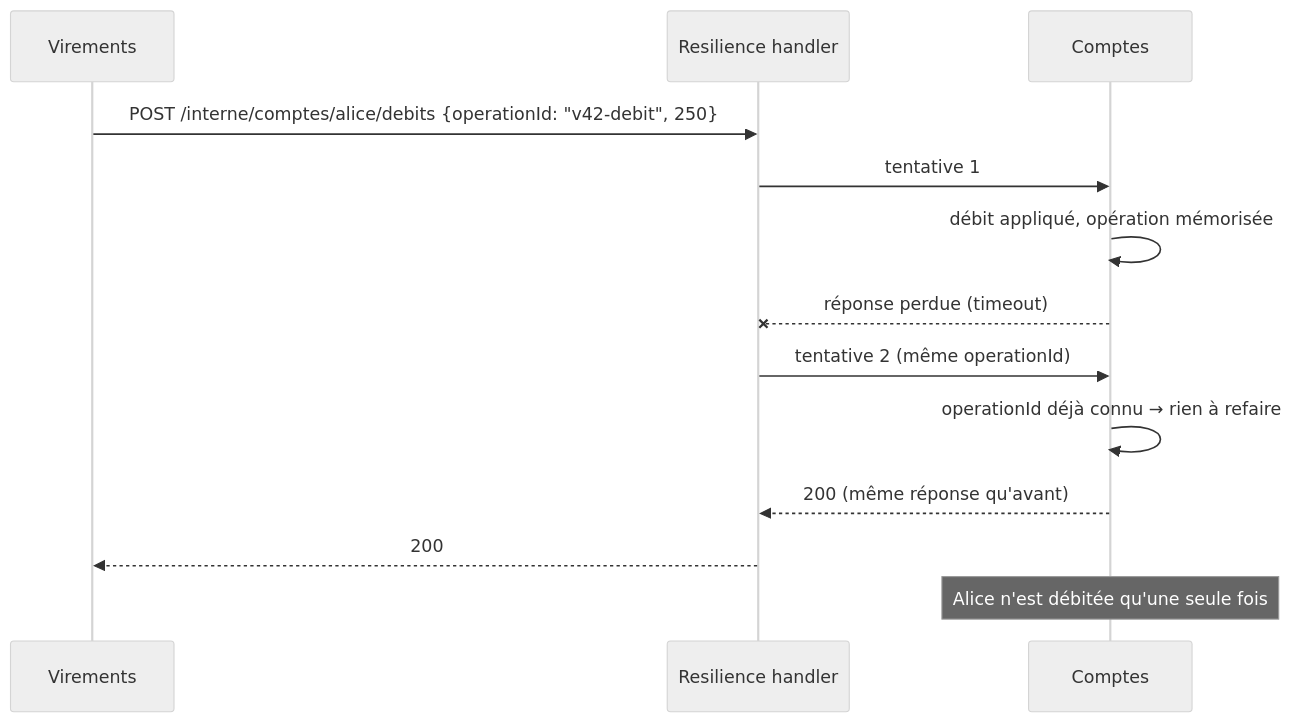
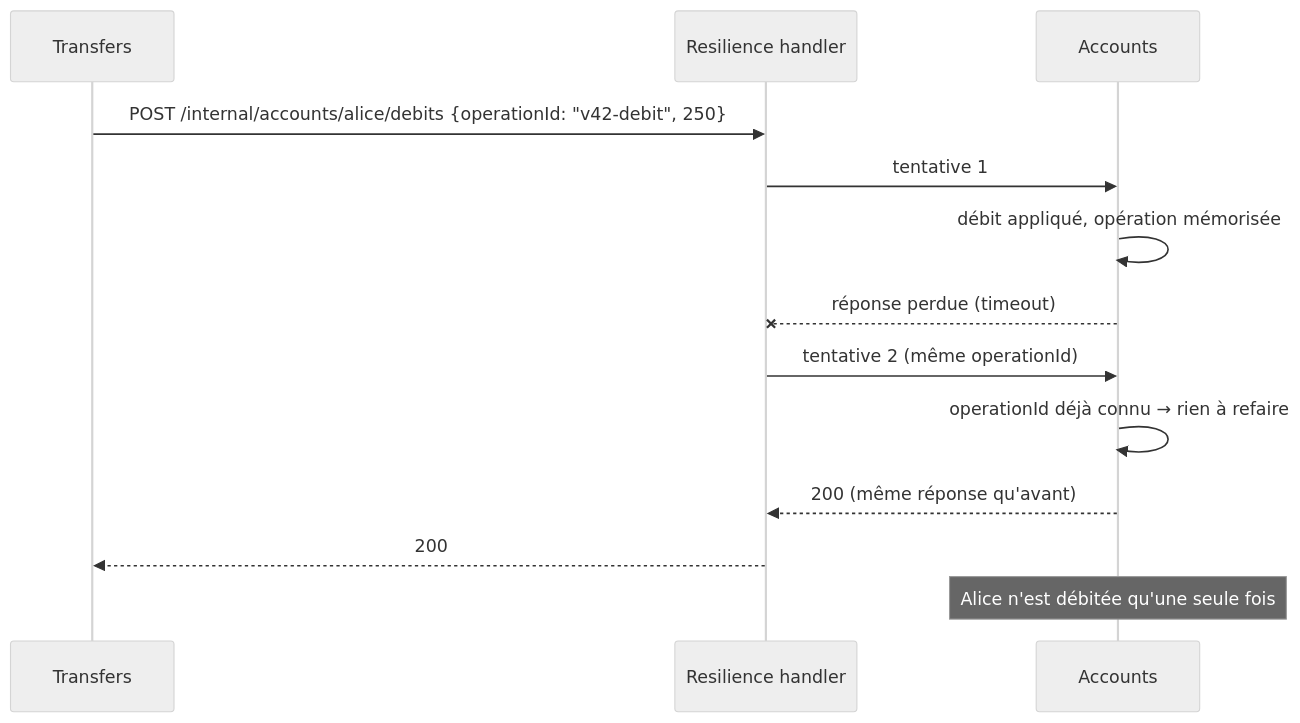
Before and after one commit to drangoht/ArchitecturesDemo: the second of 4 diagrams in Docs/08-microservices.md, drawn with Mermaid (neutral theme). The commit also changed other lines of this file and 70 other files, not shown here.

Commit message:
Docs FR : identifiants, liens, diagrammes et sorties alignés sur le code anglais

````diff
--- a/Docs/08-microservices.md
+++ b/Docs/08-microservices.md
@@ -99,15 +99,15 @@
 ```mermaid
 sequenceDiagram
-    participant V as Virements
+    participant V as Transfers
     participant R as Resilience handler
-    participant C as Comptes
-    V->>R: POST /interne/comptes/alice/debits {operationId: "v42-debit", 250}
+    participant C as Accounts
+    V->>R: POST /internal/accounts/alice/debits {operationId: "v42-debit", 250}
     R->>C: tentative 1
     C->>C: débit appliqué, opération mémorisée
     C--xR: réponse perdue (timeout)
     R->>C: tentative 2 (même operationId)
     C->>C: operationId déjà connu → rien à refaire
     C-->>R: 200 (même réponse qu'avant)
     R-->>V: 200
     Note over C: Alice n'est débitée qu'une seule fois
 ```
````
